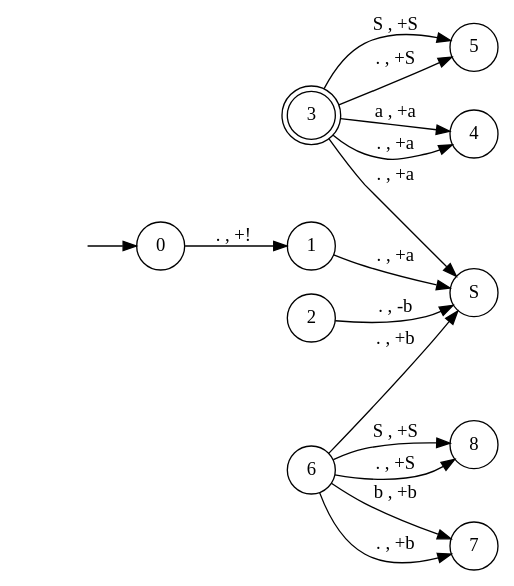
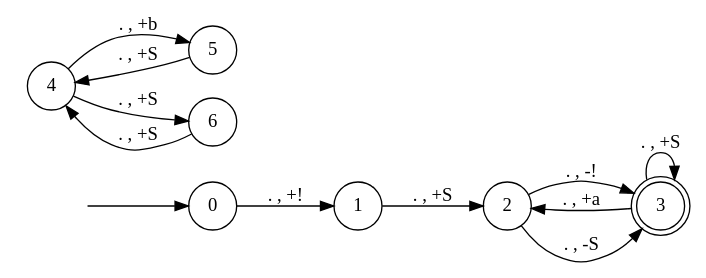
One commit to tsubaric/ToC changed the diagram in test_1.gv. Above: the diagram before and after it, drawn with Graphviz. The commit also changed 2 other files, not shown here.

```diff
--- a/test_1.gv
+++ b/test_1.gv
@@ -1,21 +1,18 @@
 digraph pda {
 rankdir = LR;
 hidden [shape = plaintext, label = ""];
 node [shape = doublecircle];
 3;
 node [shape = circle];
 hidden -> 0;
 0 -> 1 [label = ". , +!"];
-1 -> S [label = ". , +a"];
-2 -> S [label = ". , -b"];
-3 -> S [label = ". , +a"];
-3 -> 4 [label = "a , +a"];
-3 -> 4 [label = ". , +a"];
-3 -> 5 [label = "S , +S"];
-3 -> 5 [label = ". , +S"];
-6 -> S [label = ". , +b"];
-6 -> 7 [label = "b , +b"];
-6 -> 7 [label = ". , +b"];
-6 -> 8 [label = "S , +S"];
-6 -> 8 [label = ". , +S"];
+1 -> 2 [label = ". , +S"];
+2 -> 3 [label = ". , -!"];
+2 -> 3 [label = ". , -S"];
+3 -> 2 [label = ". , +a"];
+3 -> 3 [label = ". , +S"];
+4 -> 5 [label = ". , +b"];
+4 -> 6 [label = ". , +S"];
+5 -> 4 [label = ". , +S"];
+6 -> 4 [label = ". , +S"];
 }
```
